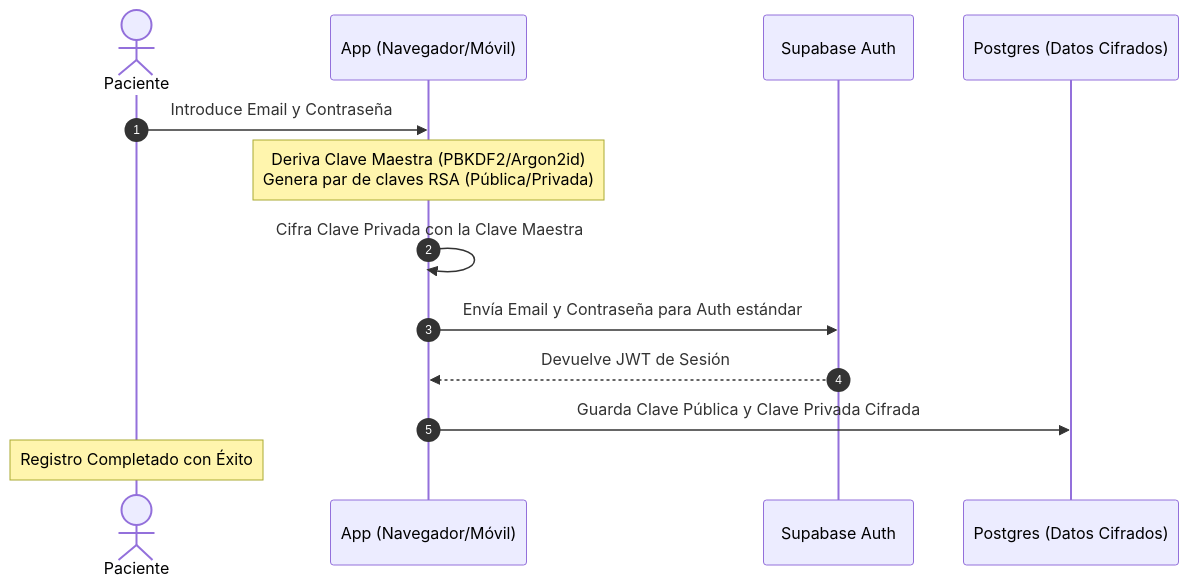
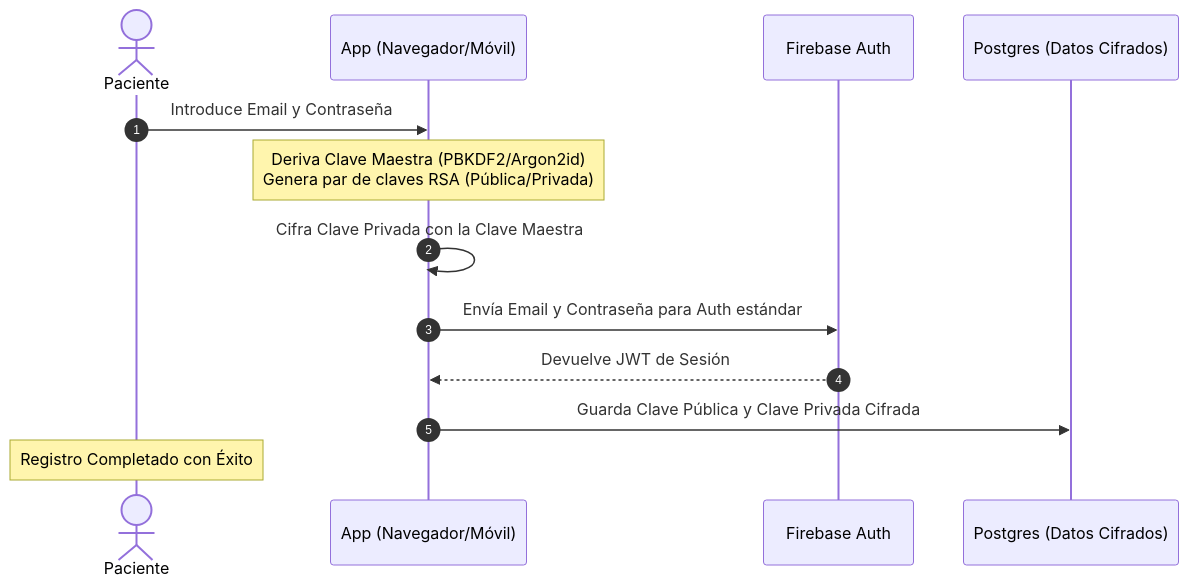
The first of 2 diagrams in docs/06_estudio_viabilidad_legal_y_riesgos_ia/analisis_viabilidad_completo.md (JOSFER78/ancora), drawn with Mermaid before and after one commit. The commit also changed other lines of this file and 57 other files, not shown here.

````diff
--- a/docs/06_estudio_viabilidad_legal_y_riesgos_ia/analisis_viabilidad_completo.md
+++ b/docs/06_estudio_viabilidad_legal_y_riesgos_ia/analisis_viabilidad_completo.md
@@ -53,16 +53,16 @@
 ```mermaid
 sequenceDiagram
     autonumber
     actor Paciente
     participant Cliente as App (Navegador/Móvil)
-    participant Auth as Supabase Auth
+    participant Auth as Firebase Auth
     participant DB as Postgres (Datos Cifrados)
 
     Paciente->>Cliente: Introduce Email y Contraseña
     Note over Cliente: Deriva Clave Maestra (PBKDF2/Argon2id)<br>Genera par de claves RSA (Pública/Privada)
     Cliente->>Cliente: Cifra Clave Privada con la Clave Maestra
     Cliente->>Auth: Envía Email y Contraseña para Auth estándar
     Auth-->>Cliente: Devuelve JWT de Sesión
     Cliente->>DB: Guarda Clave Pública y Clave Privada Cifrada
     Note over Paciente: Registro Completado con Éxito
 ```
````
